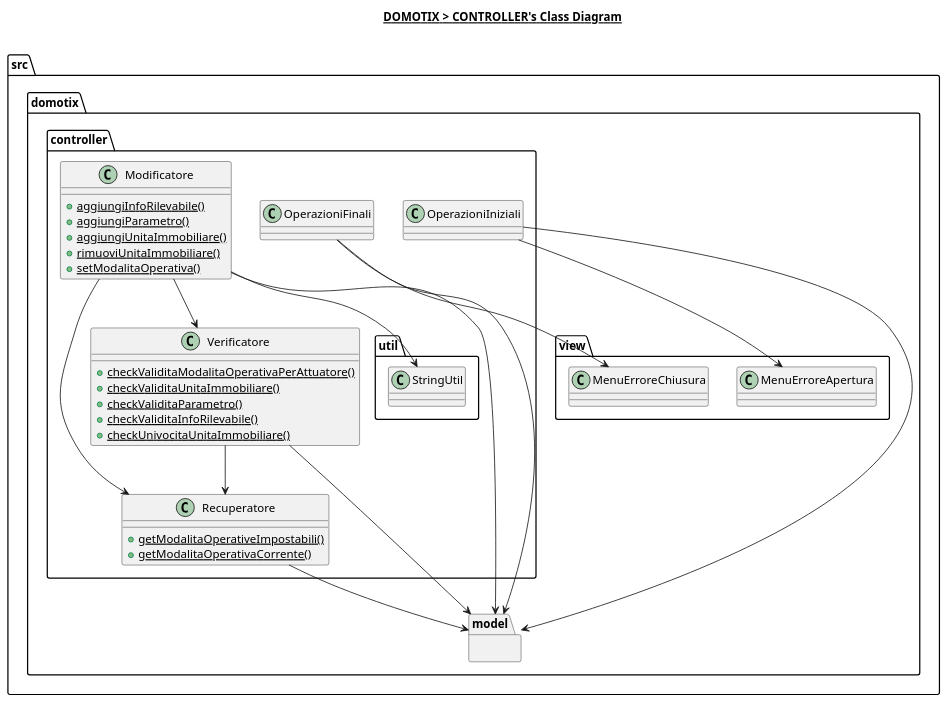
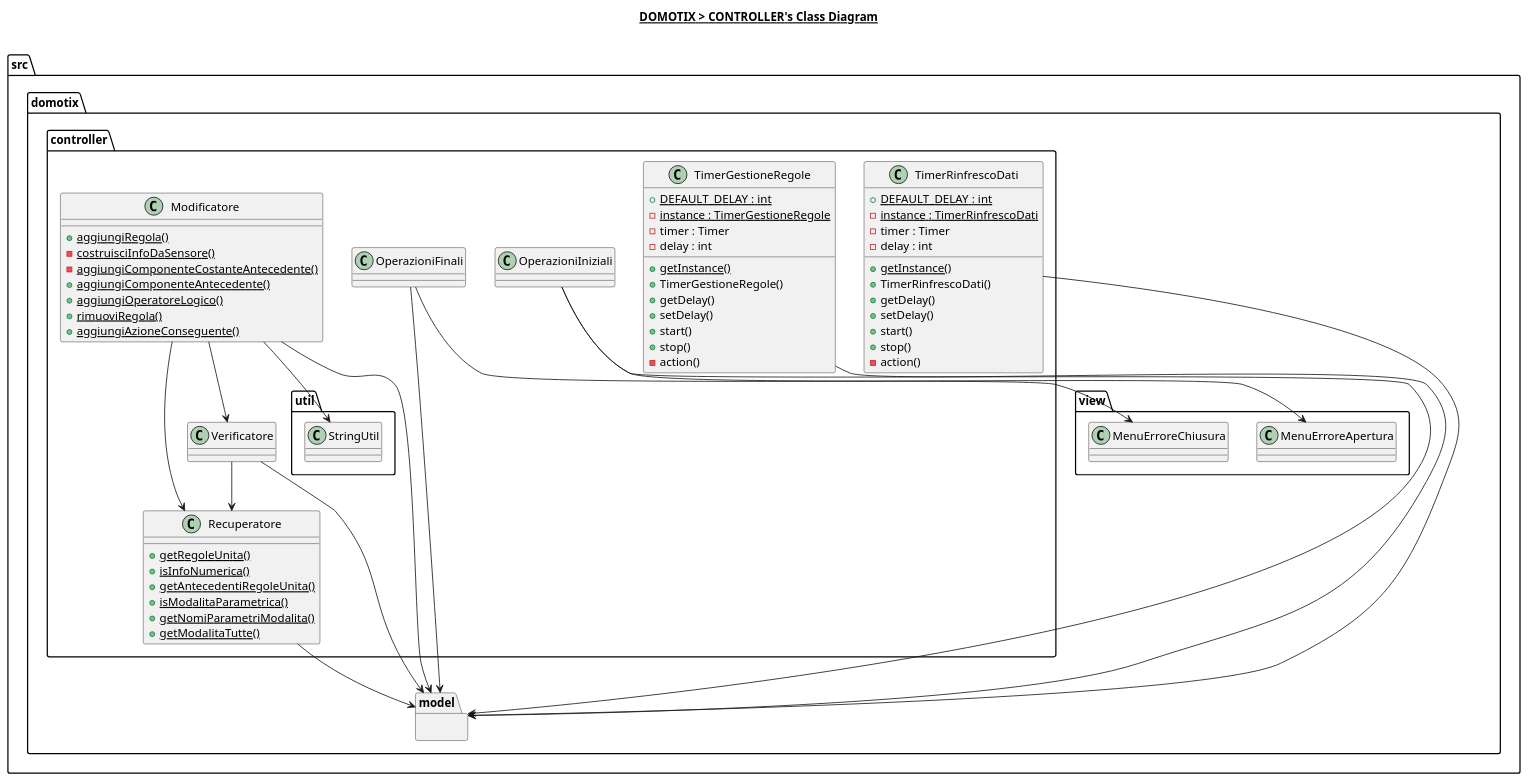
One commit to Edoar-do/Domotix changed the diagram in src/domotix/controller/controller.plantuml. Above: the diagram before and after it, drawn with PlantUML. The commit also changed 30 other files, not shown here.

```diff
--- a/src/domotix/controller/controller.plantuml
+++ b/src/domotix/controller/controller.plantuml
@@ -1,61 +1,94 @@
 @startuml
 
 title __DOMOTIX > CONTROLLER's Class Diagram__\n
 
 namespace src.domotix.controller {
     class src.domotix.controller.Modificatore {
-        {static} + aggiungiInfoRilevabile()
-        {static} + aggiungiParametro()
-        {static} + aggiungiUnitaImmobiliare()
-        {static} + rimuoviUnitaImmobiliare()
-        {static} + setModalitaOperativa()
+        {static} + aggiungiRegola()
+        {static} - costruisciInfoDaSensore()
+        {static} - aggiungiComponenteCostanteAntecedente()
+        {static} + aggiungiComponenteAntecedente()
+        {static} + aggiungiOperatoreLogico()
+        {static} + rimuoviRegola()
+        {static} + aggiungiAzioneConseguente()
     }
 
     class src.domotix.controller.OperazioniFinali {
 
     }
 
     class src.domotix.controller.OperazioniIniziali {
 
     }
 
     class src.domotix.controller.Recuperatore {
-        {static} + getModalitaOperativeImpostabili()
-        {static} + getModalitaOperativaCorrente()
+        {static} + getRegoleUnita()
+        {static} + isInfoNumerica()
+        {static} + getAntecedentiRegoleUnita()
+        {static} + isModalitaParametrica()
+        {static} + getNomiParametriModalita()
+        {static} + getModalitaTutte()
     }
 
     class src.domotix.controller.Verificatore {
-        {static} + checkValiditaModalitaOperativaPerAttuatore()
-        {static} + checkValiditaUnitaImmobiliare()
-        {static} + checkValiditaParametro()
-        {static} + checkValiditaInfoRilevabile()
-        {static} + checkUnivocitaUnitaImmobiliare()
+
+    }
+
+    class src.domotix.controller.TimerGestioneRegole {
+        {static} + DEFAULT_DELAY : int
+        {static} - instance : TimerGestioneRegole
+        {static} + getInstance()
+        - timer : Timer
+        - delay : int
+        + TimerGestioneRegole()
+        + getDelay()
+        + setDelay()
+        + start()
+        + stop()
+        - action()
+    }
+
+    class src.domotix.controller.TimerRinfrescoDati {
+        {static} + DEFAULT_DELAY : int
+        {static} - instance : TimerRinfrescoDati
+        {static} + getInstance()
+        - timer : Timer
+        - delay : int
+        + TimerRinfrescoDati()
+        + getDelay()
+        + setDelay()
+        + start()
+        + stop()
+        - action()
     }
 
     namespace util {
         class src.domotix.controller.util.StringUtil {
         }
     }
 }
 
 namespace src.domotix.model {
 
 }
 
 src.domotix.controller.Modificatore --> src.domotix.controller.util.StringUtil
 src.domotix.controller.Modificatore --> src.domotix.controller.Recuperatore
 src.domotix.controller.Modificatore --> src.domotix.controller.Verificatore
 src.domotix.controller.Modificatore --> src.domotix.model
 
 src.domotix.controller.Verificatore --> src.domotix.controller.Recuperatore
 src.domotix.controller.Verificatore --> src.domotix.model
 
 src.domotix.controller.Recuperatore --> src.domotix.model
 
 src.domotix.controller.OperazioniIniziali --> src.domotix.model
 src.domotix.controller.OperazioniIniziali --> src.domotix.view.MenuErroreApertura
 
 src.domotix.controller.OperazioniFinali --> src.domotix.model
 src.domotix.controller.OperazioniFinali --> src.domotix.view.MenuErroreChiusura
 
+src.domotix.controller.TimerGestioneRegole --> src.domotix.model
+src.domotix.controller.TimerRinfrescoDati --> src.domotix.model
+
 @enduml
```
